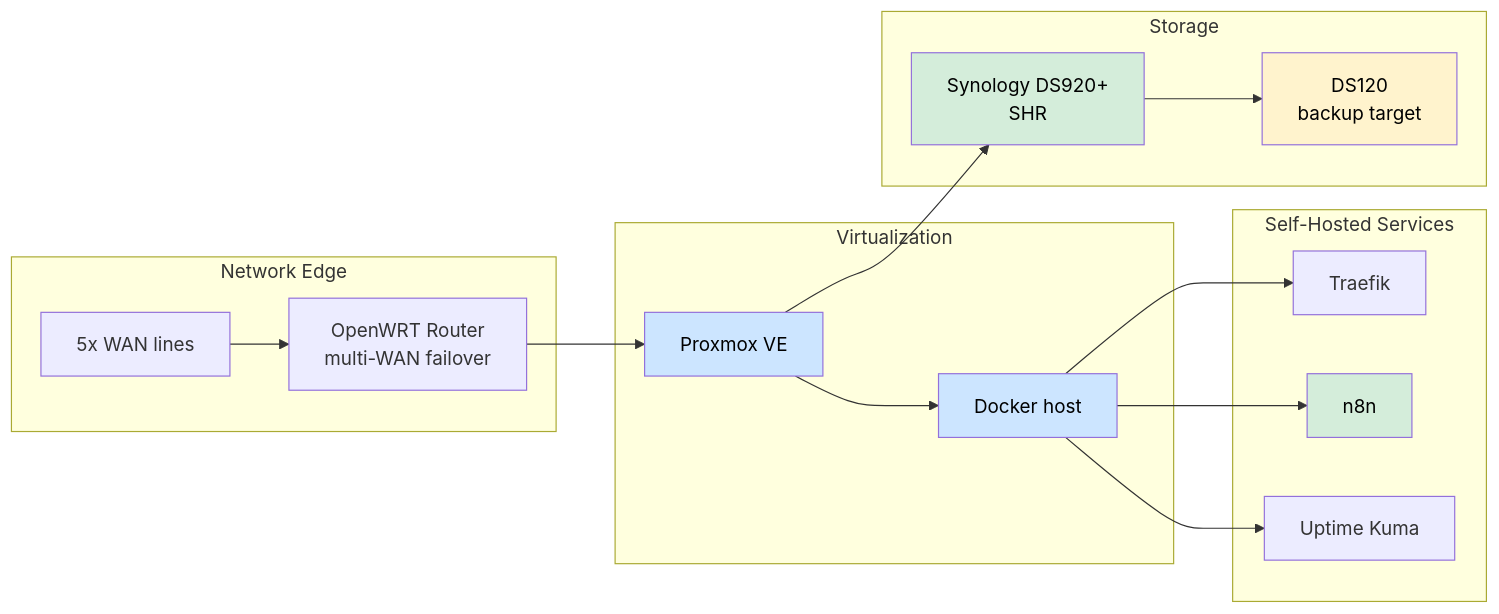
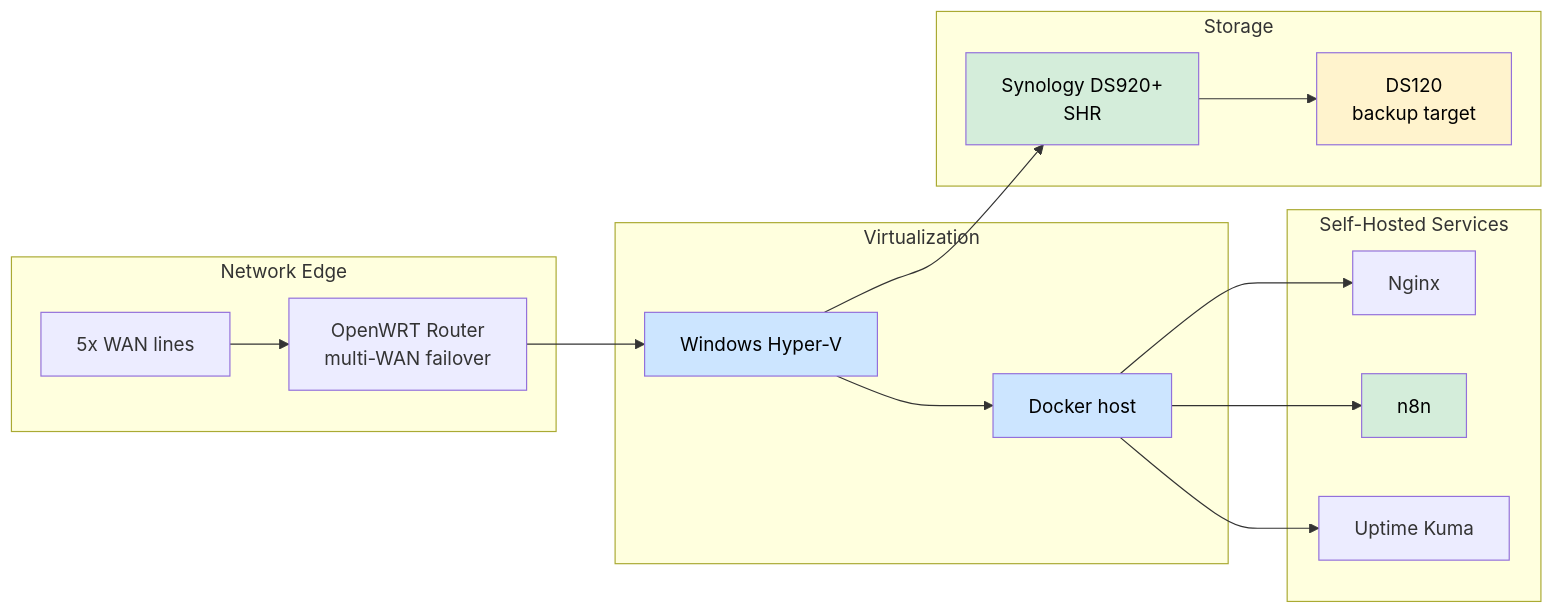
Before and after one commit to alanfong93/alanfong93: the fifth of 6 diagrams in README.md, drawn with Mermaid. The commit also changed other lines of this file, not shown here.

Commit message:
fix: correct stack — Hyper-V (MZM) + Nginx (not Traefik), add Cloudflare Tunnel

````diff
--- a/README.md
+++ b/README.md
@@ -104,24 +104,24 @@
 ```mermaid
 flowchart LR
     subgraph Edge[Network Edge]
         WAN[5x WAN lines] --> RTR[OpenWRT Router<br>multi-WAN failover]
     end
     subgraph Virt[Virtualization]
-        PVE[Proxmox VE] --> DOCK[Docker host]
+        PVE[Windows Hyper-V] --> DOCK[Docker host]
     end
     subgraph Svc[Self-Hosted Services]
-        DOCK --> RP[Traefik]
+        DOCK --> RP[Nginx]
         DOCK --> N8N[n8n]
         DOCK --> MON[Uptime Kuma]
     end
     subgraph Store[Storage]
         NAS[Synology DS920+<br>SHR] --> BAK[DS120<br>backup target]
     end
     RTR --> PVE
     PVE --> NAS
     style PVE fill:#cce5ff,color:#000
     style DOCK fill:#cce5ff,color:#000
     style N8N fill:#d4edda,color:#000
     style NAS fill:#d4edda,color:#000
     style BAK fill:#fff3cd,color:#000
 ```
````
